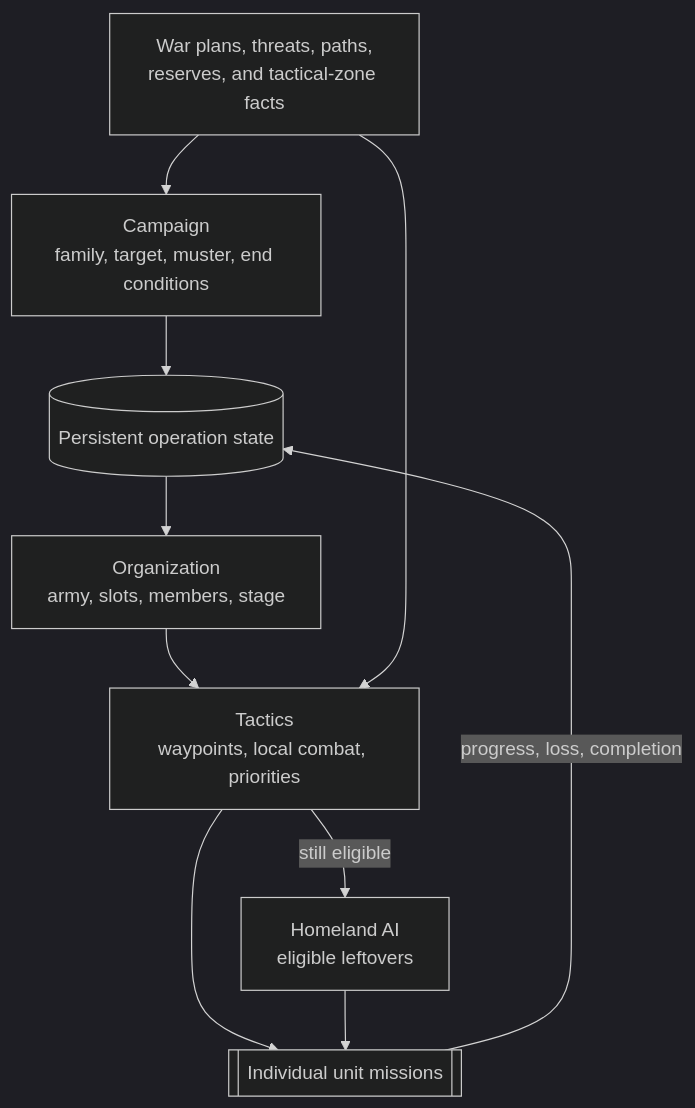
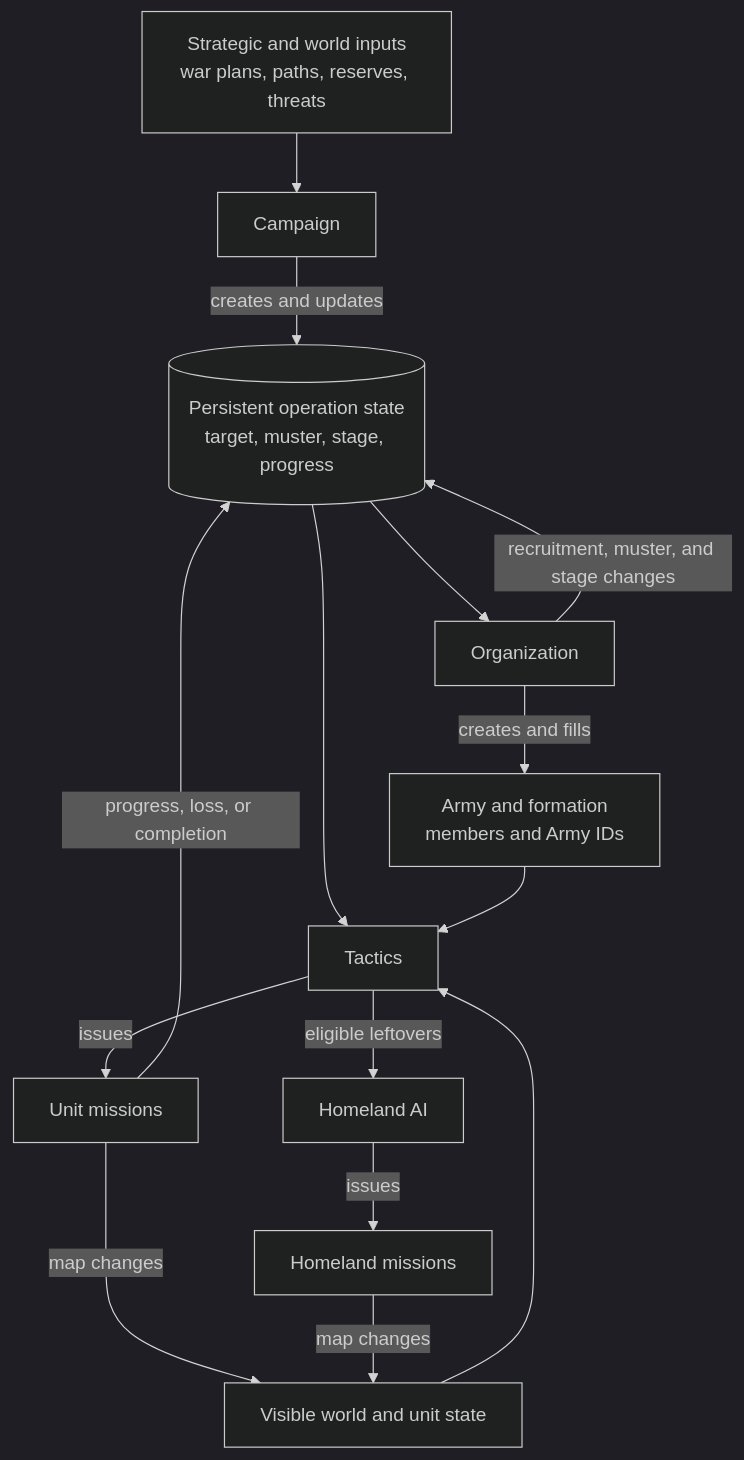
One commit to vox-deorum/vox-deorum changed the diagram in docs/developers/civ5-dll/unit-ai/military-operation.md. Above: the diagram before and after it, drawn with Mermaid (dark theme). The commit also changed other lines of this file and 12 other files, not shown here.

````diff
--- a/docs/developers/civ5-dll/unit-ai/military-operation.md
+++ b/docs/developers/civ5-dll/unit-ai/military-operation.md
@@ -17,20 +11,17 @@
 ```mermaid
 flowchart TD
-    W[War plans, threats, paths,<br/>reserves, and tactical-zone facts]
-    C[Campaign<br/>family, target, muster, end conditions]
-    O[(Persistent operation state)]
-    A[Organization<br/>army, slots, members, stage]
-    T[Tactics<br/>waypoints, local combat, priorities]
-    M[[Individual unit missions]]
-    H[Homeland AI<br/>eligible leftovers]
-
-    W --> C
-    C --> O
-    O --> A
+    S[Strategic and world inputs<br/>war plans, paths, reserves, threats] --> C[Campaign]
+    C -->|creates and updates| P[(Persistent operation state<br/>target, muster, stage, progress)]
+    P --> O[Organization]
+    O -->|creates and fills| A[Army and formation<br/>members and Army IDs]
+    O -->|recruitment, muster, and stage changes| P
+    P --> T[Tactics]
     A --> T
-    W --> T
-    T --> M
-    T -->|still eligible| H
-    H --> M
-    M -->|progress, loss, completion| O
+    W[Visible world and unit state] --> T
+    T -->|issues| M[Unit missions]
+    T -->|eligible leftovers| H[Homeland AI]
+    H -->|issues| HM[Homeland missions]
+    M -->|map changes| W
+    HM -->|map changes| W
+    M -->|progress, loss, or completion| P
 ```
````
